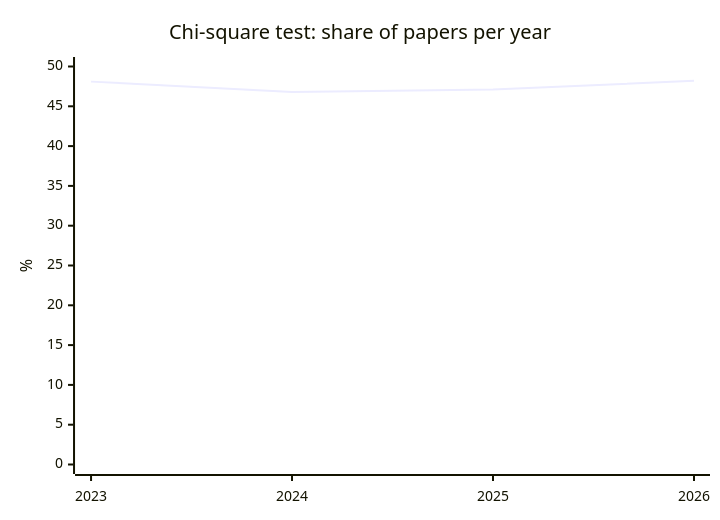
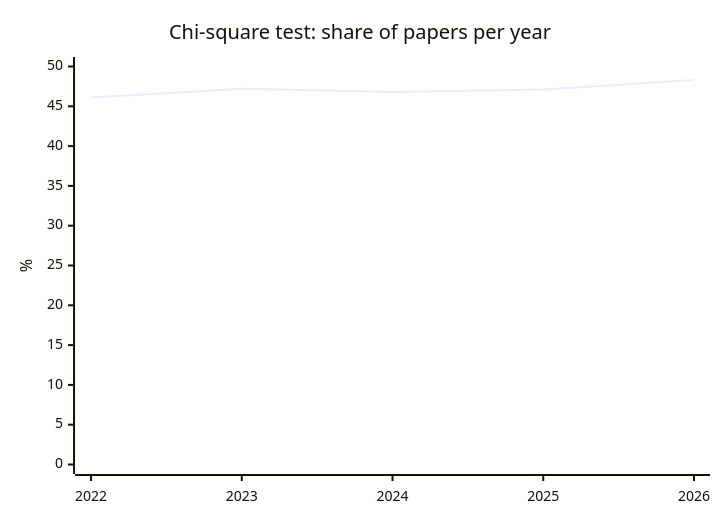
Before and after one commit to nfdi4health/datashield-function-ideas: the first of 5 diagrams in literature-watch/reports/overview.md, drawn with Mermaid. The commit also changed other lines of this file and 1 other file, not shown here.

````diff
--- a/literature-watch/reports/overview.md
+++ b/literature-watch/reports/overview.md
@@ -52,7 +52,7 @@
 ```mermaid
 xychart-beta
   title "Chi-square test: share of papers per year"
-  x-axis [2023, 2024, 2025, 2026]
+  x-axis [2022, 2023, 2024, 2025, 2026]
   y-axis "%" 0 --> 50
-  line [48.1, 46.8, 47.1, 48.2]
+  line [46.1, 47.2, 46.8, 47.1, 48.3]
 ```
````
